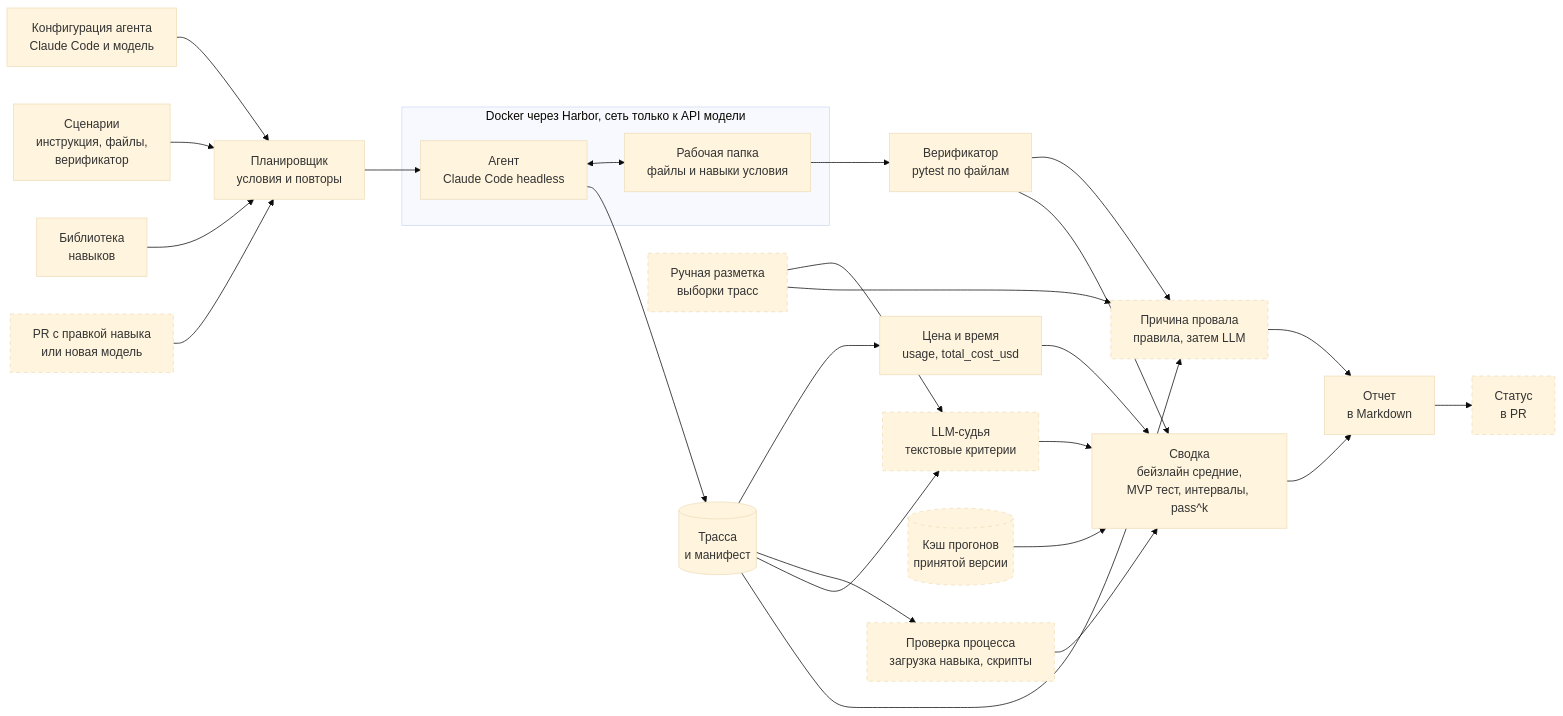
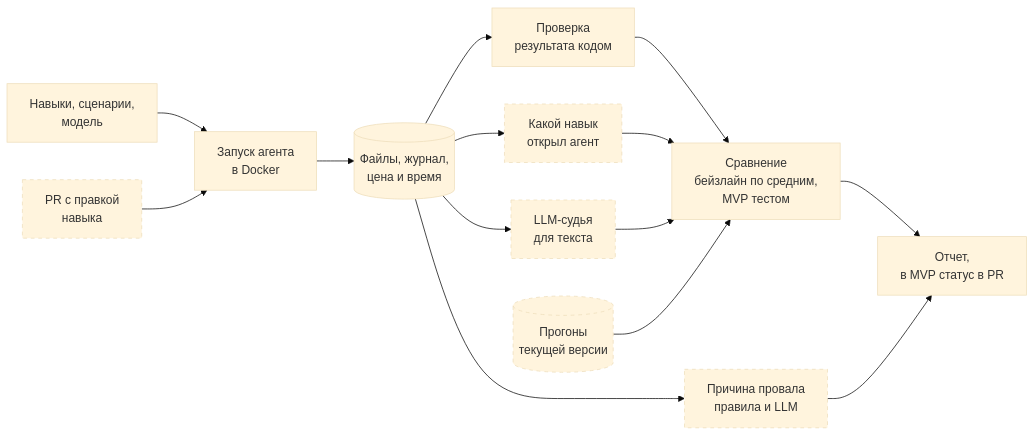
The diagram in docs/ml_system_design_doc.md (123yaroslav/agent-skills-testbed), drawn with Mermaid (base theme) before and after one commit. The commit also changed other lines of this file and 1 other file, not shown here.

````diff
--- a/docs/ml_system_design_doc.md
+++ b/docs/ml_system_design_doc.md
@@ -258,41 +185,21 @@
 ```mermaid
 flowchart LR
-    CFG["Конфигурация агента<br/>Claude Code и модель"]
-    SC["Сценарии<br/>инструкция, файлы,<br/>верификатор"]
-    LIB["Библиотека<br/>навыков"]
-    PR["PR с правкой навыка<br/>или новая модель"]:::mvp
+    IN["Навыки, сценарии,<br/>модель"]
+    PR["PR с правкой<br/>навыка"]:::mvp
+    RUN["Запуск агента<br/>в Docker"]
+    LOG[("Файлы, журнал,<br/>цена и время")]
+    CHECK["Проверка<br/>результата кодом"]
+    SKILL["Какой навык<br/>открыл агент"]:::mvp
+    JUDGE["LLM-судья<br/>для текста"]:::mvp
+    WHY["Причина провала<br/>правила и LLM"]:::mvp
+    OLD[("Прогоны<br/>текущей версии")]:::mvp
+    STAT["Сравнение<br/>бейзлайн по средним,<br/>MVP тестом"]
+    REP["Отчет,<br/>в MVP статус в PR"]
 
-    PLAN["Планировщик<br/>условия и повторы"]
-
-    subgraph BOX["Docker через Harbor, сеть только к API модели"]
-        AGENT["Агент<br/>Claude Code headless"]
-        WS["Рабочая папка<br/>файлы и навыки условия"]
-    end
-
-    TRACE[("Трасса<br/>и манифест")]
-    VER["Верификатор<br/>pytest по файлам"]
-    COST["Цена и время<br/>usage, total_cost_usd"]
-    PROC["Проверка процесса<br/>загрузка навыка, скрипты"]:::mvp
-    JUDGE["LLM-судья<br/>текстовые критерии"]:::mvp
-    CAUSE["Причина провала<br/>правила, затем LLM"]:::mvp
-    BASE[("Кэш прогонов<br/>принятой версии")]:::mvp
-    STAT["Сводка<br/>бейзлайн средние,<br/>MVP тест, интервалы, pass^k"]
-    REP["Отчет<br/>в Markdown"]
-    GATE["Статус<br/>в PR"]:::mvp
-    HUM["Ручная разметка<br/>выборки трасс"]:::mvp
-
-    CFG & SC & LIB & PR --> PLAN
-    PLAN --> AGENT
-    AGENT <--> WS
-    AGENT --> TRACE
-    WS --> VER
-    TRACE --> COST & PROC & JUDGE & CAUSE
-    VER --> CAUSE
-    VER & COST & PROC & JUDGE --> STAT
-    BASE --> STAT
-    STAT & CAUSE --> REP
-    REP --> GATE
-    HUM --> JUDGE & CAUSE
+    IN & PR --> RUN --> LOG
+    LOG --> CHECK & SKILL & JUDGE & WHY
+    CHECK & SKILL & JUDGE & OLD --> STAT
+    STAT & WHY --> REP
 
     classDef mvp stroke-dasharray: 5 5
 ```
````
